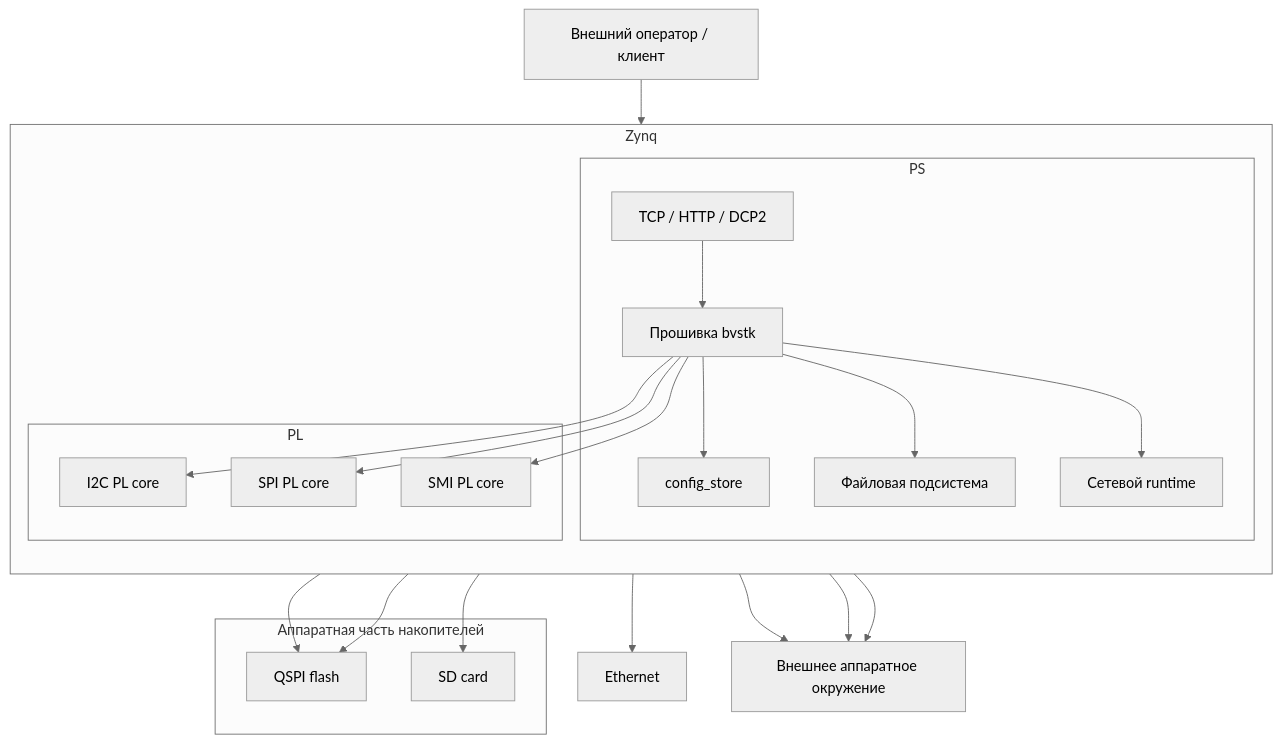
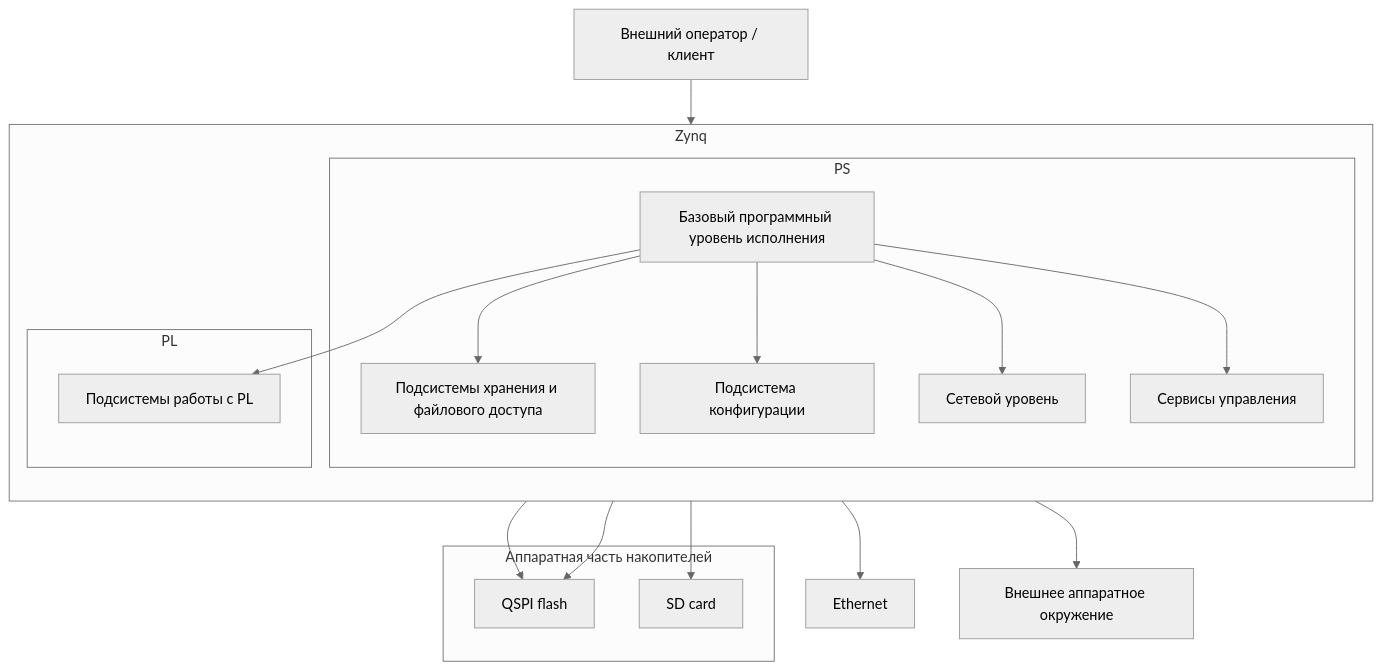
The first of 2 diagrams in docs/dev/architecture.md (igtrefilov/bvstk), drawn with Mermaid (neutral theme) before and after one commit. The commit also changed other lines of this file, not shown here.

Commit message:
docs: continue architecture rewrite

````diff
--- a/docs/dev/architecture.md
+++ b/docs/dev/architecture.md
@@ -86,50 +106,43 @@
 ```mermaid
 flowchart TB
   ext["Внешний оператор / клиент"]
 
   subgraph zynq["Zynq"]
     direction TB
 
     subgraph ps["PS"]
-      fw["Прошивка bvstk"]
-      cfg["config_store"]
-      fs["Файловая подсистема"]
-      svc["TCP / HTTP / DCP2"]
-      net["Сетевой runtime"]
+      rt["Базовый программный уровень исполнения"]
+      fs["Подсистемы хранения и файлового доступа"]
+      cfg["Подсистема конфигурации"]
+      net["Сетевой уровень"]
+      svc["Сервисы управления"]
     end
 
     subgraph pl["PL"]
-      pl_i2c["I2C PL core"]
-      pl_spi["SPI PL core"]
-      pl_smi["SMI PL core"]
+      plsw["Подсистемы работы с PL"]
     end
   end
 
   subgraph storage["Аппаратная часть накопителей"]
     qspi["QSPI flash"]
     sd["SD card"]
   end
 
   eth["Ethernet"]
   env["Внешнее аппаратное окружение"]
 
   ext --> svc
-  svc --> fw
-  fw --> cfg
-  fw --> fs
-  fw --> net
+  rt --> fs
+  rt --> cfg
+  rt --> net
+  rt --> svc
+  rt --> plsw
 
   cfg --> qspi
   fs --> qspi
   fs --> sd
 
-  fw --> pl_i2c
-  fw --> pl_spi
-  fw --> pl_smi
-
   net --> eth
 
-  pl_i2c --> env
-  pl_spi --> env
-  pl_smi --> env
+  plsw --> env
 ```
````
